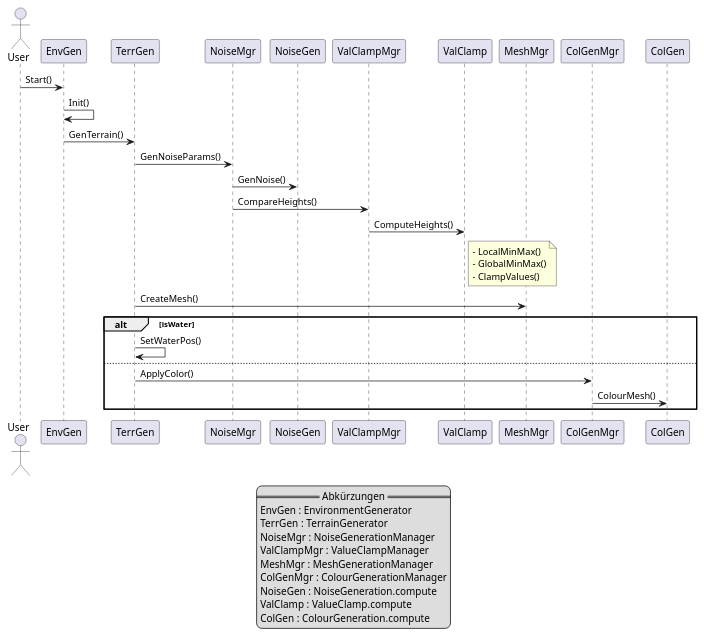
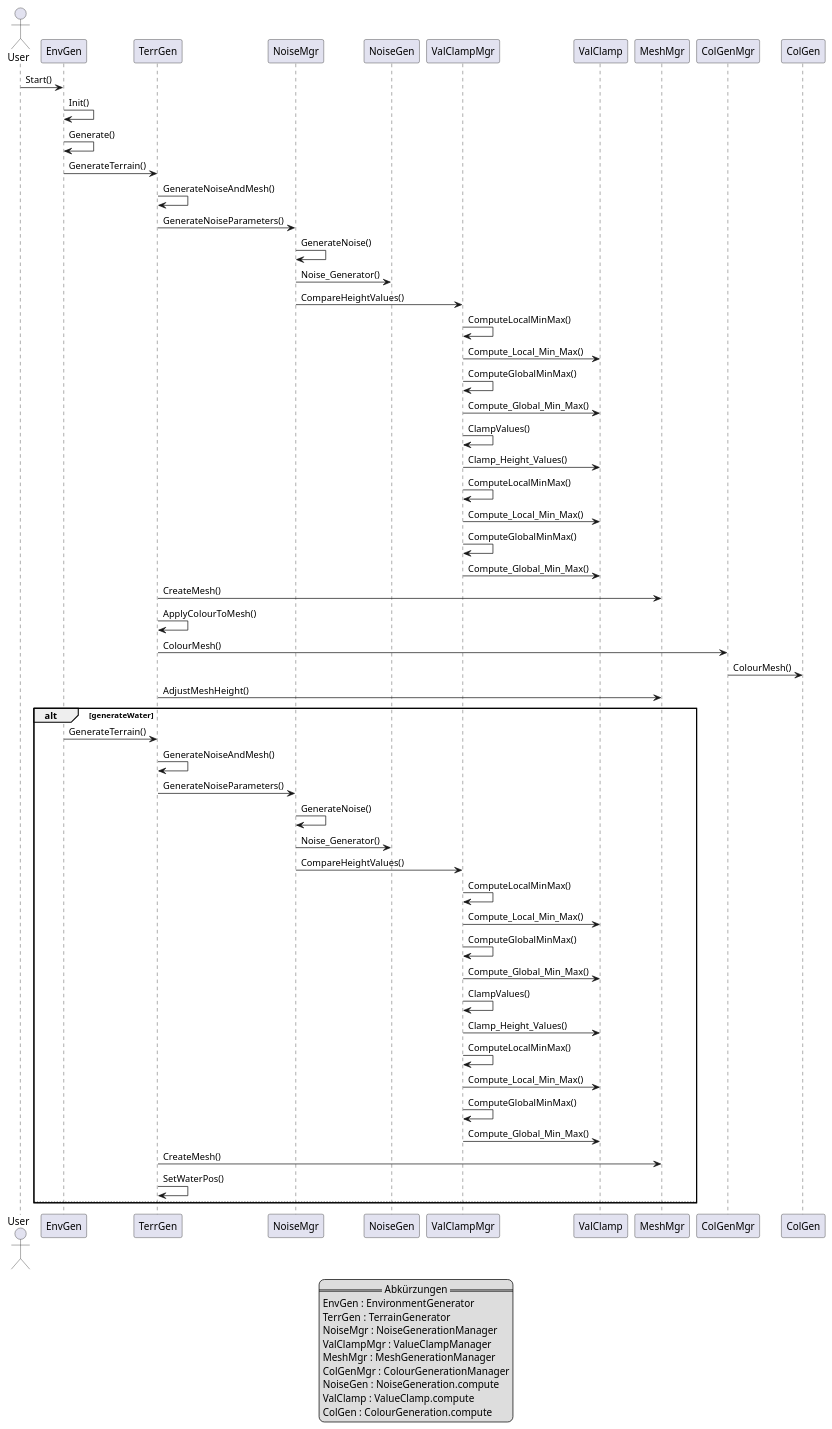
The fifth of 6 diagrams in Documentation/test.puml (RyanAella/Unity-ComputeShader-Terrain-Generator), drawn with PlantUML before and after one commit. The commit also changed 15 other files, not shown here.

```diff
--- a/Documentation/test.puml
+++ b/Documentation/test.puml
@@ -190,43 +190,91 @@
 @startuml
 actor User as U
 
 U -> EnvGen : Start()
 
 EnvGen -> EnvGen : Init()
+EnvGen -> EnvGen : Generate()
 
-EnvGen -> TerrGen : GenTerrain()
+EnvGen -> TerrGen : GenerateTerrain()
 
-TerrGen -> NoiseMgr : GenNoiseParams()
-NoiseMgr -> NoiseGen : GenNoise()
-NoiseMgr -> ValClampMgr : CompareHeights()
+TerrGen -> TerrGen : GenerateNoiseAndMesh()
 
-ValClampMgr -> ValClamp : ComputeHeights()
-note right of ValClamp
-    - LocalMinMax()
-    - GlobalMinMax()
-    - ClampValues()
-end note
+TerrGen -> NoiseMgr : GenerateNoiseParameters()
+
+NoiseMgr -> NoiseMgr : GenerateNoise()
+
+NoiseMgr -> NoiseGen : Noise_Generator()
+
+NoiseMgr -> ValClampMgr : CompareHeightValues()
+
+ValClampMgr -> ValClampMgr : ComputeLocalMinMax()
+ValClampMgr -> ValClamp : Compute_Local_Min_Max()
+
+ValClampMgr -> ValClampMgr : ComputeGlobalMinMax()
+ValClampMgr -> ValClamp : Compute_Global_Min_Max()
+
+ValClampMgr -> ValClampMgr : ClampValues()
+ValClampMgr -> ValClamp : Clamp_Height_Values()
+
+ValClampMgr -> ValClampMgr : ComputeLocalMinMax()
+ValClampMgr -> ValClamp : Compute_Local_Min_Max()
+
+ValClampMgr -> ValClampMgr : ComputeGlobalMinMax()
+ValClampMgr -> ValClamp : Compute_Global_Min_Max()
 
 TerrGen -> MeshMgr : CreateMesh()
 
-alt isWater
+TerrGen -> TerrGen : ApplyColourToMesh()
+TerrGen -> ColGenMgr : ColourMesh()
+ColGenMgr -> ColGen : ColourMesh()
+    
+TerrGen -> MeshMgr :  AdjustMeshHeight()
+
+alt generateWater
+    EnvGen -> TerrGen : GenerateTerrain()
+    
+    TerrGen -> TerrGen : GenerateNoiseAndMesh()
+    
+    TerrGen -> NoiseMgr : GenerateNoiseParameters()
+    
+    NoiseMgr -> NoiseMgr : GenerateNoise()
+    
+    NoiseMgr -> NoiseGen : Noise_Generator()
+    
+    NoiseMgr -> ValClampMgr : CompareHeightValues()
+    
+ValClampMgr -> ValClampMgr : ComputeLocalMinMax()
+ValClampMgr -> ValClamp : Compute_Local_Min_Max()
+
+ValClampMgr -> ValClampMgr : ComputeGlobalMinMax()
+ValClampMgr -> ValClamp : Compute_Global_Min_Max()
+
+ValClampMgr -> ValClampMgr : ClampValues()
+ValClampMgr -> ValClamp : Clamp_Height_Values()
+
+ValClampMgr -> ValClampMgr : ComputeLocalMinMax()
+ValClampMgr -> ValClamp : Compute_Local_Min_Max()
+
+ValClampMgr -> ValClampMgr : ComputeGlobalMinMax()
+ValClampMgr -> ValClamp : Compute_Global_Min_Max()
+    
+    TerrGen -> MeshMgr : CreateMesh()
+    
     TerrGen -> TerrGen : SetWaterPos()
 else
-    TerrGen -> ColGenMgr : ApplyColor()
-    ColGenMgr -> ColGen : ColourMesh()
 end
 
 legend
   == Abkürzungen ==
   EnvGen : EnvironmentGenerator
   TerrGen : TerrainGenerator
   NoiseMgr : NoiseGenerationManager
   ValClampMgr : ValueClampManager
   MeshMgr : MeshGenerationManager
   ColGenMgr : ColourGenerationManager
   NoiseGen : NoiseGeneration.compute
   ValClamp : ValueClamp.compute
   ColGen : ColourGeneration.compute
 end legend
 
 @enduml
```
